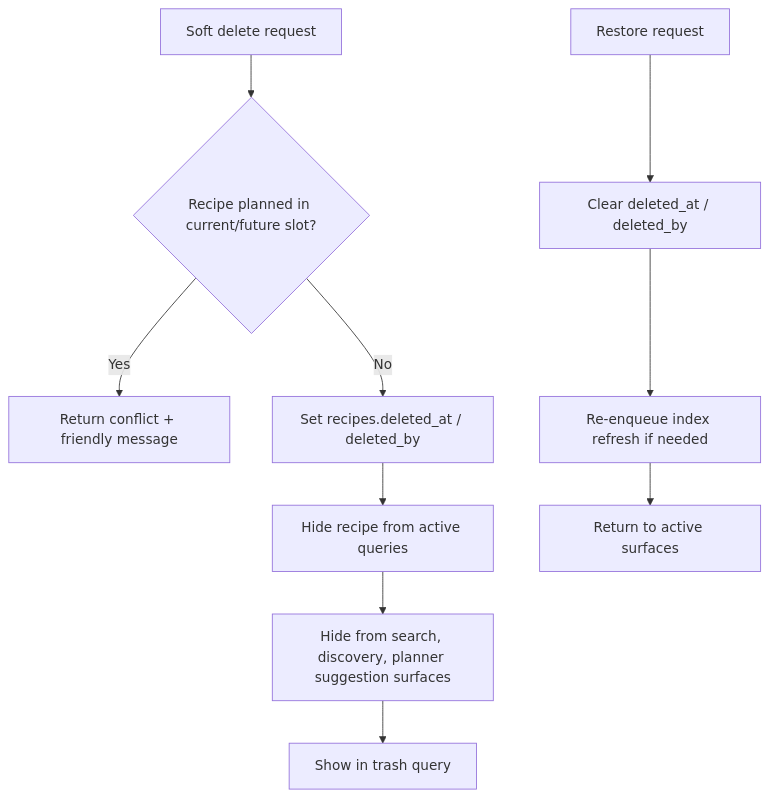
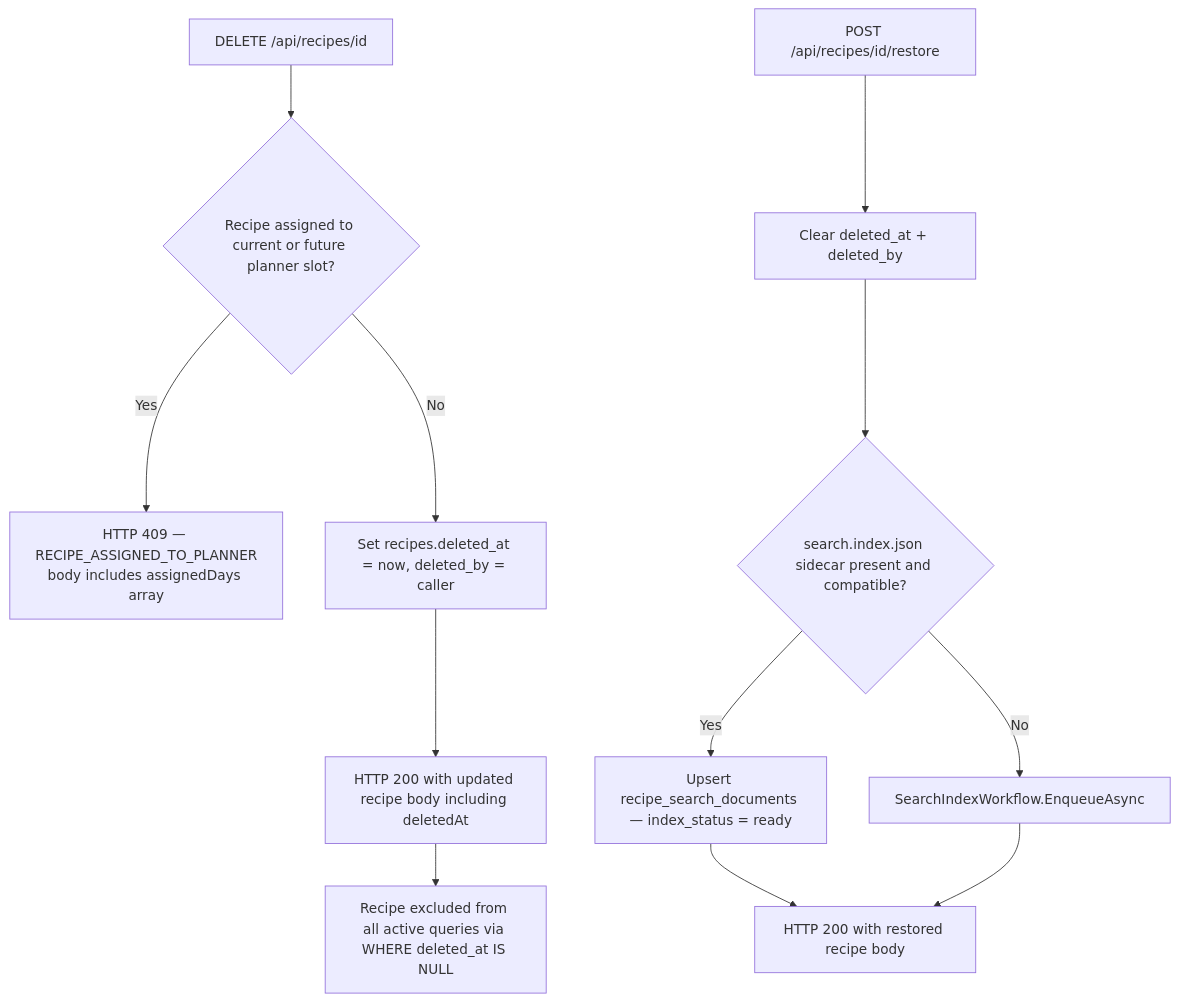
One commit to AlexandreBrisebois/whats-for-supper changed the fifth of 8 diagrams in docs/flows/data-flows/recipe-search-index-and-recovery.md. Above: the diagram before and after it, drawn with Mermaid. The commit also changed other lines of this file and 14 other files, not shown here.

````diff
--- a/docs/flows/data-flows/recipe-search-index-and-recovery.md
+++ b/docs/flows/data-flows/recipe-search-index-and-recovery.md
@@ -242,13 +290,15 @@
 ```mermaid
 flowchart TD
-    A[Soft delete request] --> B{Recipe planned in current/future slot?}
-    B -->|Yes| C[Return conflict + friendly message]
-    B -->|No| D[Set recipes.deleted_at / deleted_by]
-    D --> E[Hide recipe from active queries]
-    E --> F[Hide from search, discovery, planner suggestion surfaces]
-    F --> G[Show in trash query]
+    A[DELETE /api/recipes/id] --> B{Recipe assigned to current or future planner slot?}
+    B -->|Yes| C[HTTP 409 — RECIPE_ASSIGNED_TO_PLANNER\nbody includes assignedDays array]
+    B -->|No| D[Set recipes.deleted_at = now, deleted_by = caller]
+    D --> E[HTTP 200 with updated recipe body including deletedAt]
+    E --> F[Recipe excluded from all active queries via WHERE deleted_at IS NULL]
 
-    H[Restore request] --> I[Clear deleted_at / deleted_by]
-    I --> J[Re-enqueue index refresh if needed]
-    J --> K[Return to active surfaces]
+    G[POST /api/recipes/id/restore] --> H[Clear deleted_at + deleted_by]
+    H --> I{search.index.json sidecar present and compatible?}
+    I -->|Yes| J[Upsert recipe_search_documents — index_status = ready]
+    I -->|No| K[SearchIndexWorkflow.EnqueueAsync]
+    J --> L[HTTP 200 with restored recipe body]
+    K --> L
 ```
````
